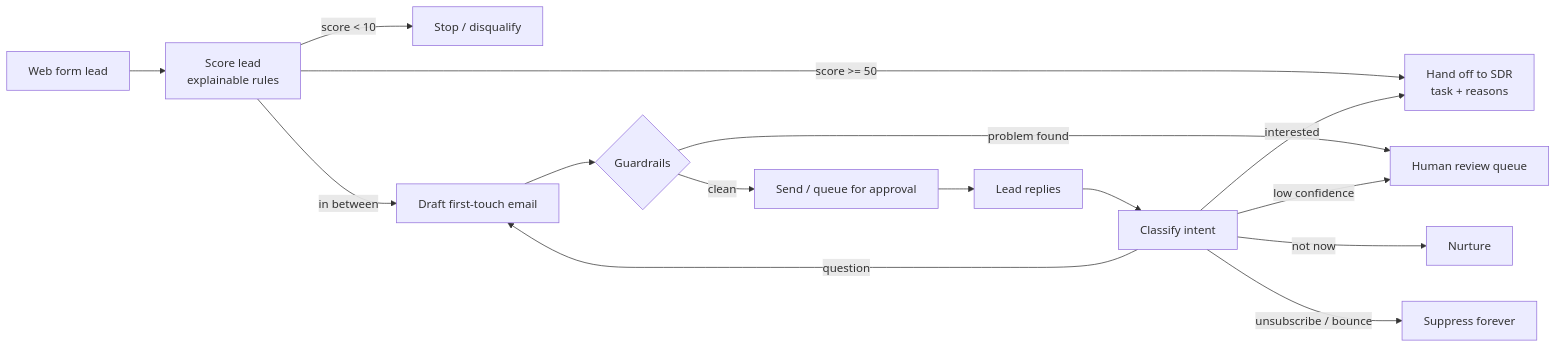
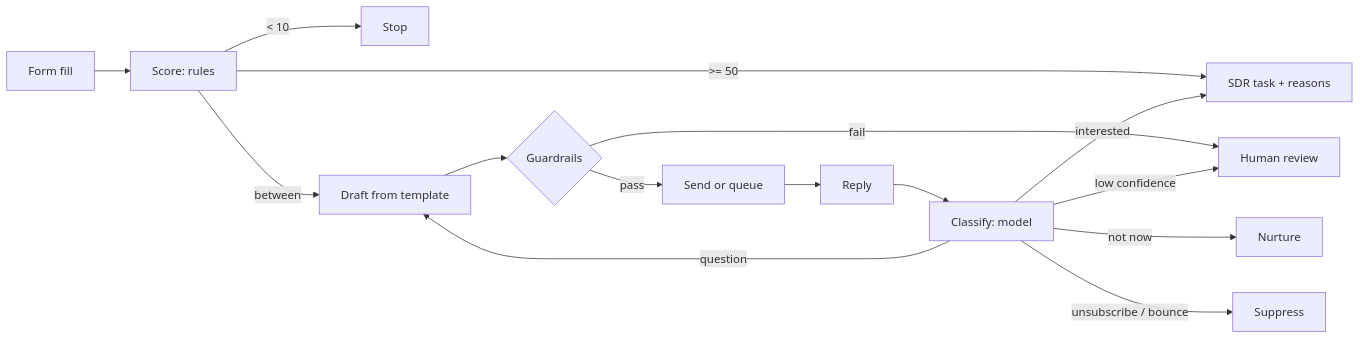
Before and after one commit to vrutikadani/ai-sdr-agent: the diagram in README.md, drawn with Mermaid. The commit also changed other lines of this file, not shown here.

````diff
--- a/README.md
+++ b/README.md
@@ -17,17 +28,17 @@
 ```mermaid
 flowchart LR
-    A[Web form lead] --> B[Score lead<br/>explainable rules]
-    B -->|score < 10| X[Stop / disqualify]
-    B -->|score >= 50| H[Hand off to SDR<br/>task + reasons]
-    B -->|in between| C[Draft first-touch email]
+    A[Form fill] --> B[Score: rules]
+    B -->|< 10| X[Stop]
+    B -->|>= 50| H[SDR task + reasons]
+    B -->|between| C[Draft from template]
     C --> G{Guardrails}
-    G -->|problem found| R[Human review queue]
-    G -->|clean| S[Send / queue for approval]
-    S --> Y[Lead replies]
-    Y --> K[Classify intent]
+    G -->|fail| R[Human review]
+    G -->|pass| S[Send or queue]
+    S --> Y[Reply]
+    Y --> K[Classify: model]
     K -->|interested| H
     K -->|question| C
     K -->|not now| N[Nurture]
-    K -->|unsubscribe / bounce| U[Suppress forever]
+    K -->|unsubscribe / bounce| U[Suppress]
     K -->|low confidence| R
 ```
````
